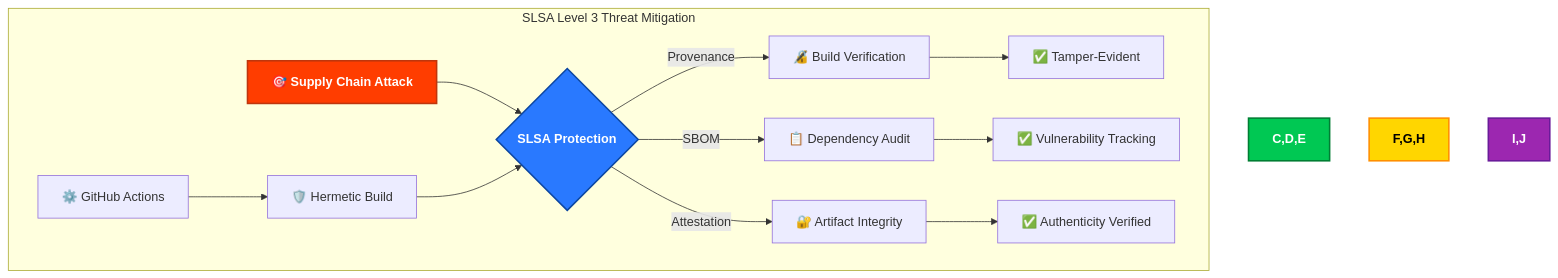
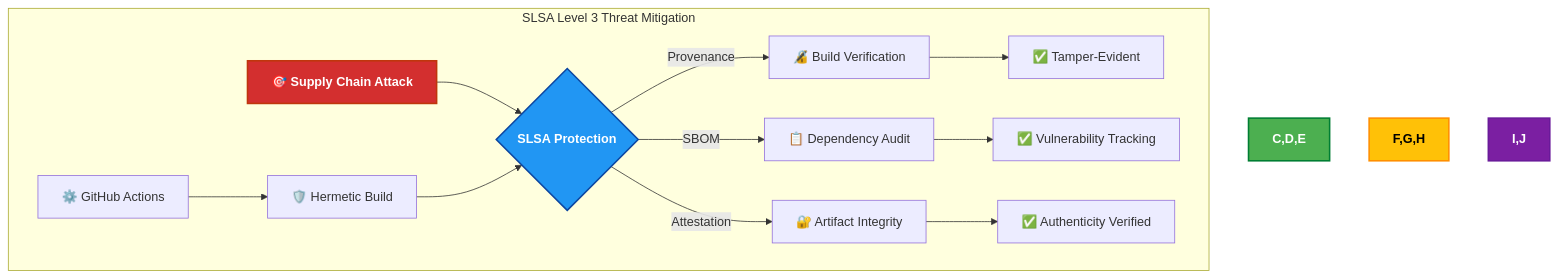
Before and after one commit to step-security-bot/cia-compliance-manager: the ninth of 15 diagrams in docs/architecture/THREAT_MODEL.md, drawn with Mermaid. The commit also changed other lines of this file and 27 other files, not shown here.

First line of the commit message:
fix: resolve broken mermaid diagrams and improve color coding to match ISMS style guide (#1106)

````diff
--- a/docs/architecture/THREAT_MODEL.md
+++ b/docs/architecture/THREAT_MODEL.md
@@ -575,23 +532,23 @@
 ```mermaid
 flowchart TD
     subgraph "SLSA Level 3 Threat Mitigation"
         A[🎯 Supply Chain Attack] --> B{SLSA Protection}
         
         B -->|Provenance| C[🔏 Build Verification]
         B -->|SBOM| D[📋 Dependency Audit]
         B -->|Attestation| E[🔐 Artifact Integrity]
         
         C --> F[✅ Tamper-Evident]
         D --> G[✅ Vulnerability Tracking]
         E --> H[✅ Authenticity Verified]
         
         I[⚙️ GitHub Actions] --> J[🛡️ Hermetic Build]
         J --> B
     end
 
-    style A fill:#FF3D00,stroke:#BF360C,stroke-width:2px,color:white,font-weight:bold
-    style B fill:#2979FF,stroke:#0D47A1,stroke-width:2px,color:white,font-weight:bold
-    style C,D,E fill:#00C853,stroke:#007E33,stroke-width:2px,color:white,font-weight:bold
-    style F,G,H fill:#FFD600,stroke:#FF8F00,stroke-width:2px,color:black,font-weight:bold
-    style I,J fill:#9C27B0,stroke:#6A1B9A,stroke-width:2px,color:white,font-weight:bold
+    style A fill:#D32F2F,stroke:#BF360C,stroke-width:2px,color:white,font-weight:bold
+    style B fill:#2196F3,stroke:#0D47A1,stroke-width:2px,color:white,font-weight:bold
+    style C,D,E fill:#4CAF50,stroke:#007E33,stroke-width:2px,color:white,font-weight:bold
+    style F,G,H fill:#FFC107,stroke:#FF8F00,stroke-width:2px,color:black,font-weight:bold
+    style I,J fill:#7B1FA2,stroke:#6A1B9A,stroke-width:2px,color:white,font-weight:bold
 ```
````
